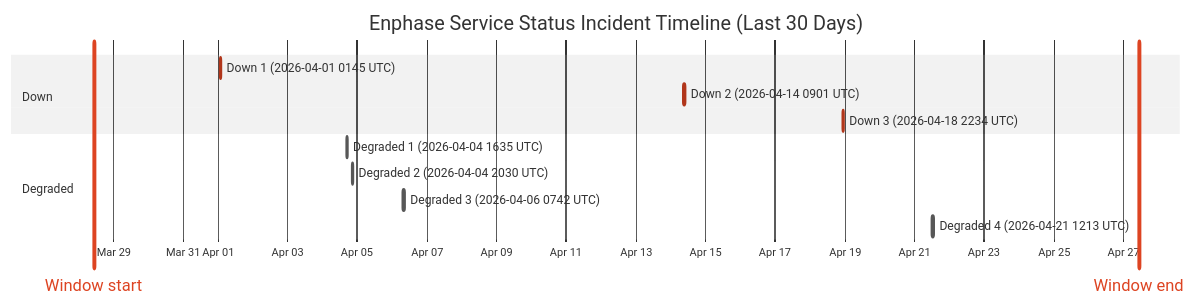
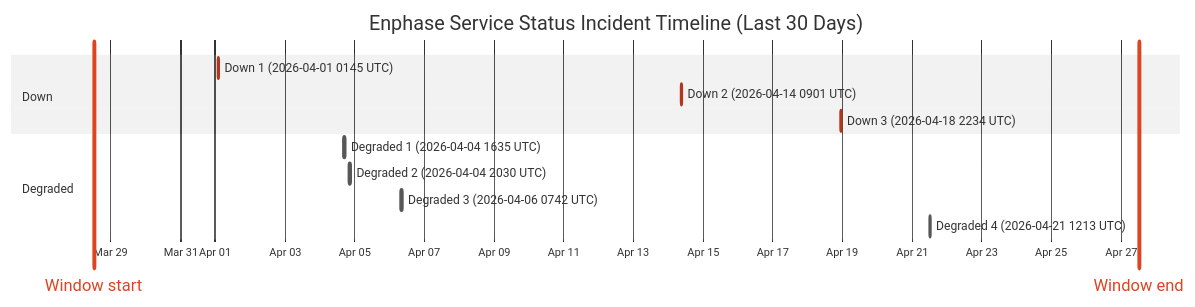
Before and after one commit to barneyonline/ha-enphase-ev-charger: the diagram in wiki/Service-Status-History.md, drawn with Mermaid (neutral theme). The commit also changed other lines of this file and 3 other files, not shown here.

````diff
--- a/wiki/Service-Status-History.md
+++ b/wiki/Service-Status-History.md
@@ -14,17 +14,17 @@
 ```mermaid
 gantt
     title Enphase Service Status Incident Timeline (Last 30 Days)
     dateFormat  YYYY-MM-DDTHH:mm:ss
     axisFormat  %b %d
-    Window start :vert, window-start, 2026-03-28T10:31:08, 0ms
-    Window end :vert, window-end, 2026-04-27T10:31:08, 0ms
+    Window start :vert, window-start, 2026-03-28T12:19:37, 0ms
+    Window end :vert, window-end, 2026-04-27T12:19:37, 0ms
     section Down
     Down 1 (2026-04-01 0145 UTC) :crit, down-1, 2026-04-01T01:45:09, 60m
     Down 2 (2026-04-14 0901 UTC) :crit, down-2, 2026-04-14T09:01:13, 60m
     Down 3 (2026-04-18 2234 UTC) :crit, down-3, 2026-04-18T22:34:13, 60m
     section Degraded
     Degraded 1 (2026-04-04 1635 UTC) :active, degraded-1, 2026-04-04T16:35:17, 60m
     Degraded 2 (2026-04-04 2030 UTC) :active, degraded-2, 2026-04-04T20:30:40, 60m
     Degraded 3 (2026-04-06 0742 UTC) :active, degraded-3, 2026-04-06T07:42:09, 85m
     Degraded 4 (2026-04-21 1213 UTC) :active, degraded-4, 2026-04-21T12:13:11, 60m
 ```
````
